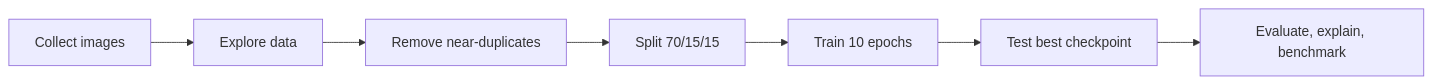
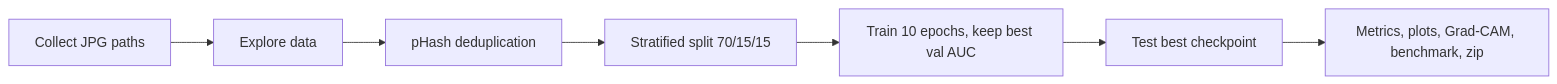
Before and after one commit to parthmital/NeuroScan-AI: the diagram in Backend/Classification/README.md, drawn with Mermaid. The commit also changed other lines of this file and 9 other files, not shown here.

````diff
--- a/Backend/Classification/README.md
+++ b/Backend/Classification/README.md
@@ -356,5 +70,6 @@
 ```mermaid
 flowchart LR
-    A[Collect images] --> B[Explore data] --> C[Remove near-duplicates] --> D[Split 70/15/15]
-    D --> E[Train 10 epochs] --> F[Test best checkpoint] --> G[Evaluate, explain, benchmark]
+    A[Collect JPG paths] --> B[Explore data] --> C[pHash deduplication]
+    C --> D[Stratified split 70/15/15] --> E[Train 10 epochs, keep best val AUC]
+    E --> F[Test best checkpoint] --> G[Metrics, plots, Grad-CAM, benchmark, zip]
 ```
````
